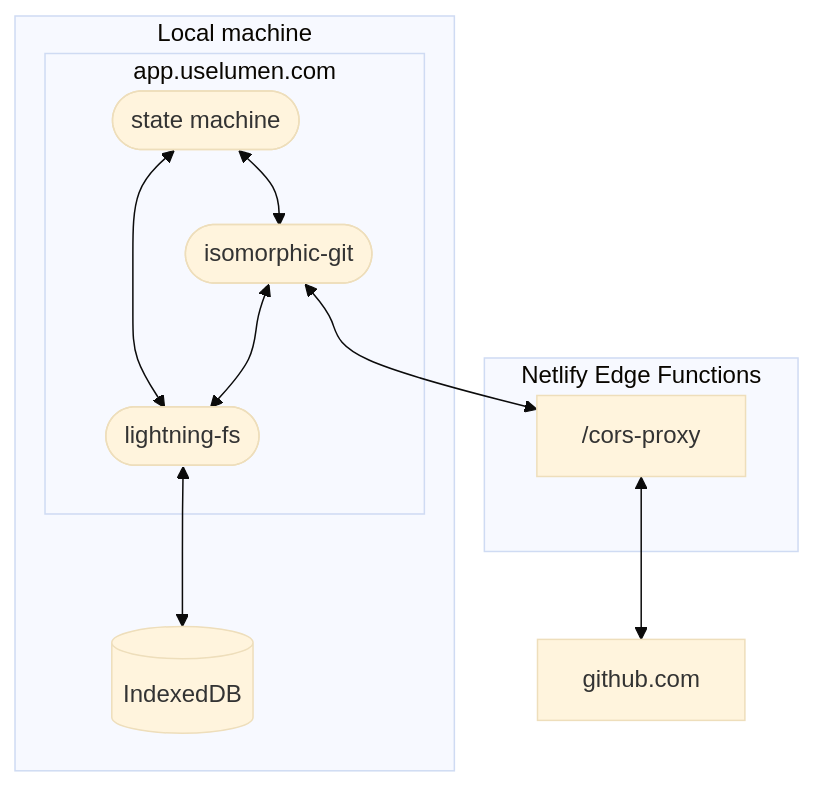
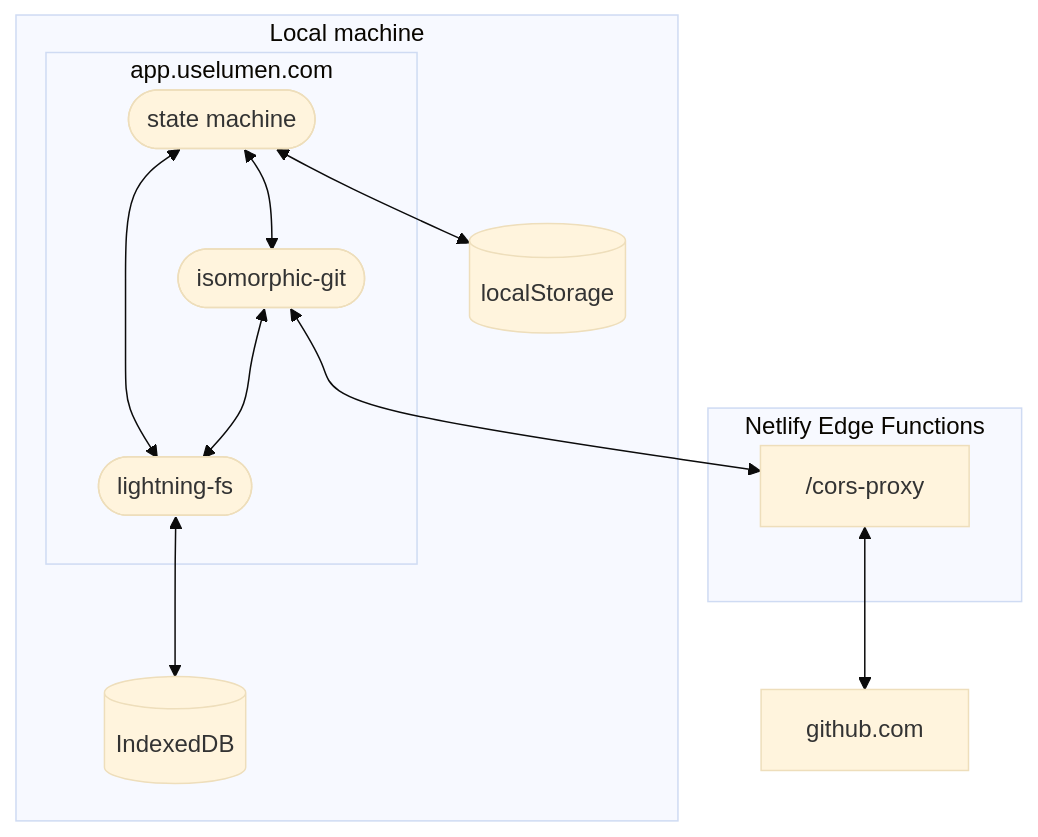
One commit to lumen-notes/lumen changed the diagram in CONTRIBUTING.md. Above: the diagram before and after it, drawn with Mermaid (base theme).

````diff
--- a/CONTRIBUTING.md
+++ b/CONTRIBUTING.md
@@ -43,25 +43,27 @@
 ```mermaid
 graph
     subgraph local[Local machine]
       subgraph app.uselumen.com
         state-machine([state machine])
         isomorphic-git([isomorphic-git])
         lightning-fs([lightning-fs])
       end
 
+      local-storage[(localStorage)]
       indexeddb[(IndexedDB)]
     end
 
     subgraph edge[Netlify Edge Functions]
       /cors-proxy
     end
 
     github.com
 
     state-machine <--> isomorphic-git
     state-machine <--> lightning-fs
+    state-machine <--> local-storage
     isomorphic-git <--> lightning-fs
     isomorphic-git <--> /cors-proxy
     /cors-proxy <--> github.com
     lightning-fs <--> indexeddb
 ```
````
